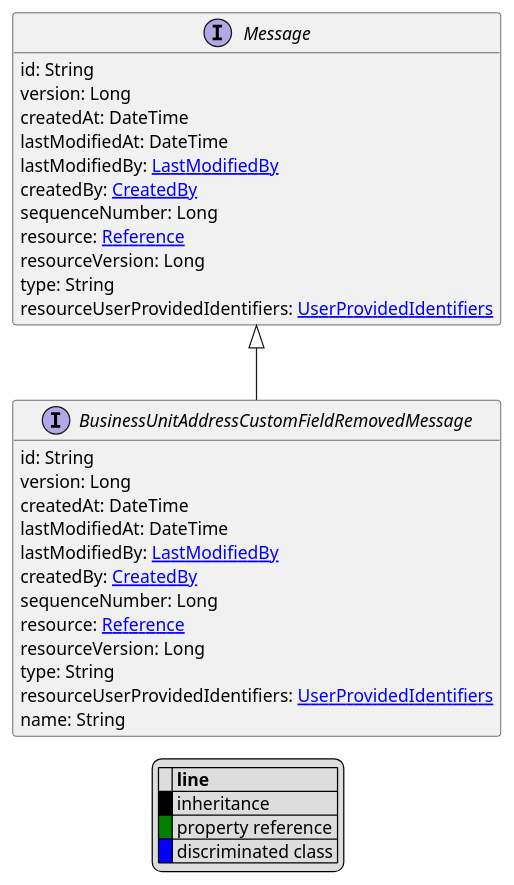
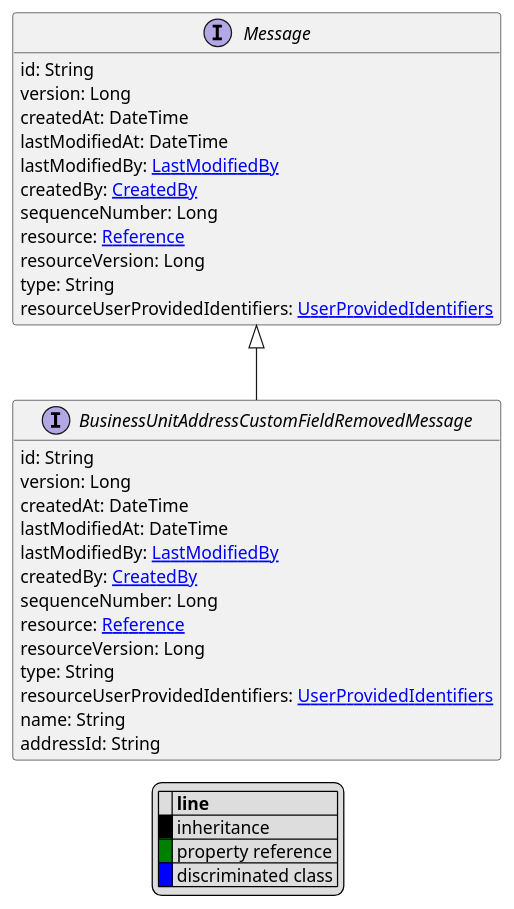
Before and after one commit to commercetools/commercetools-api-reference: the diagram in uml/api/BusinessUnitAddressCustomFieldRemovedMessage.puml, drawn with PlantUML. The commit also changed 48 other files, not shown here.

```diff
--- a/uml/api/BusinessUnitAddressCustomFieldRemovedMessage.puml
+++ b/uml/api/BusinessUnitAddressCustomFieldRemovedMessage.puml
@@ -1,43 +1,44 @@
 @startuml
 
 hide empty fields
 hide empty methods
 legend
 |= |= line |
 |<back:black>   </back>| inheritance |
 |<back:green>   </back>| property reference |
 |<back:blue>   </back>| discriminated class |
 endlegend
 interface BusinessUnitAddressCustomFieldRemovedMessage [[BusinessUnitAddressCustomFieldRemovedMessage.svg]] extends Message {
     id: String
     version: Long
     createdAt: DateTime
     lastModifiedAt: DateTime
     lastModifiedBy: [[LastModifiedBy.svg LastModifiedBy]]
     createdBy: [[CreatedBy.svg CreatedBy]]
     sequenceNumber: Long
     resource: [[Reference.svg Reference]]
     resourceVersion: Long
     type: String
     resourceUserProvidedIdentifiers: [[UserProvidedIdentifiers.svg UserProvidedIdentifiers]]
     name: String
+    addressId: String
 }
 interface Message [[Message.svg]]  {
     id: String
     version: Long
     createdAt: DateTime
     lastModifiedAt: DateTime
     lastModifiedBy: [[LastModifiedBy.svg LastModifiedBy]]
     createdBy: [[CreatedBy.svg CreatedBy]]
     sequenceNumber: Long
     resource: [[Reference.svg Reference]]
     resourceVersion: Long
     type: String
     resourceUserProvidedIdentifiers: [[UserProvidedIdentifiers.svg UserProvidedIdentifiers]]
 }
 
 
 
 
 
 @enduml
```
